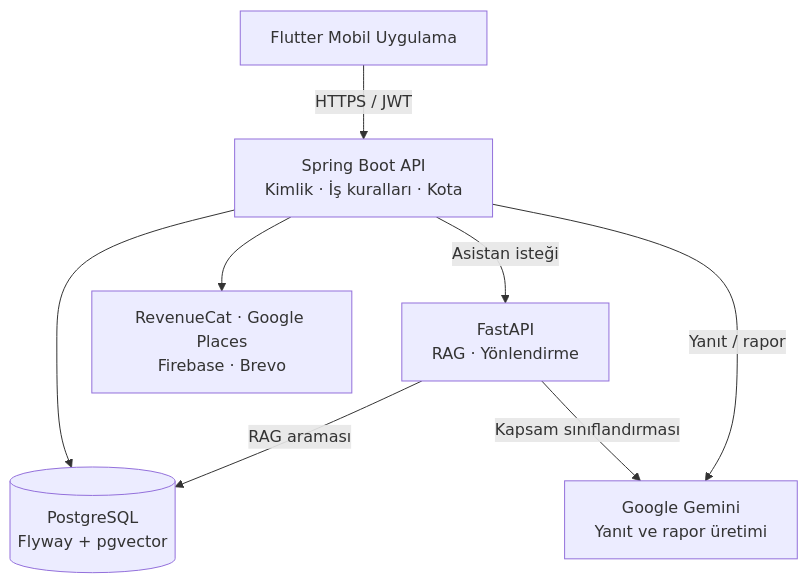
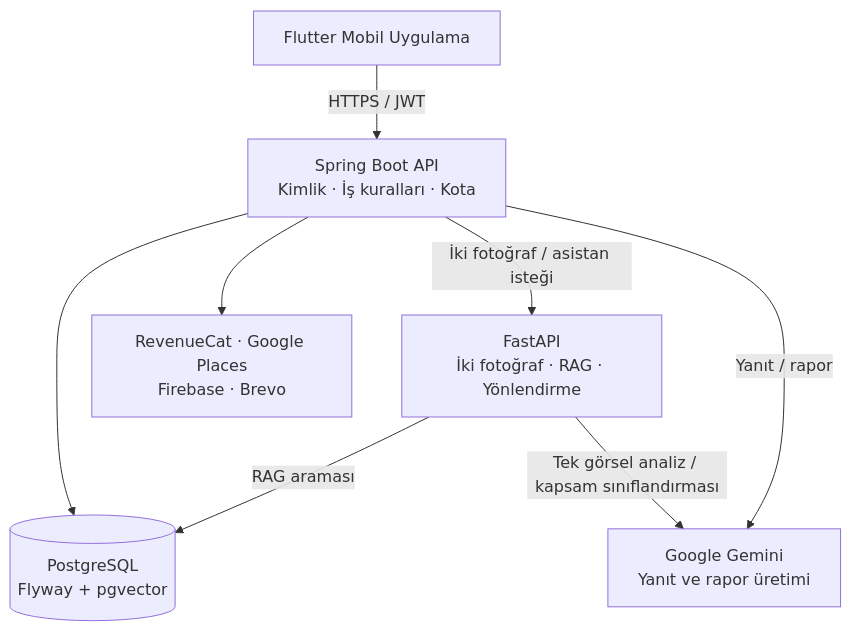
One commit to GorkemErtas/ekspersiz changed the first of 2 diagrams in README.md. Above: the diagram before and after it, drawn with Mermaid. The commit also changed other lines of this file and 41 other files, not shown here.

Commit message:
docs: replace retired ML research with Gemini architecture and validation

````diff
--- a/README.md
+++ b/README.md
@@ -25,17 +25,17 @@
 ```mermaid
 flowchart TB
     Mobile["Flutter Mobil Uygulama"]
     API["Spring Boot API<br/>Kimlik · İş kuralları · Kota"]
     DB[("PostgreSQL<br/>Flyway + pgvector")]
-    AI["FastAPI<br/>RAG · Yönlendirme"]
+    AI["FastAPI<br/>İki fotoğraf · RAG · Yönlendirme"]
     Gemini["Google Gemini<br/>Yanıt ve rapor üretimi"]
     External["RevenueCat · Google Places<br/>Firebase · Brevo"]
 
     Mobile -->|"HTTPS / JWT"| API
     API --> DB
-    API -->|"Asistan isteği"| AI
+    API -->|"İki fotoğraf / asistan isteği"| AI
     AI -->|"RAG araması"| DB
-    AI -->|"Kapsam sınıflandırması"| Gemini
+    AI -->|"Tek görsel analiz / kapsam sınıflandırması"| Gemini
     API -->|"Yanıt / rapor"| Gemini
     API --> External
 ```
````
